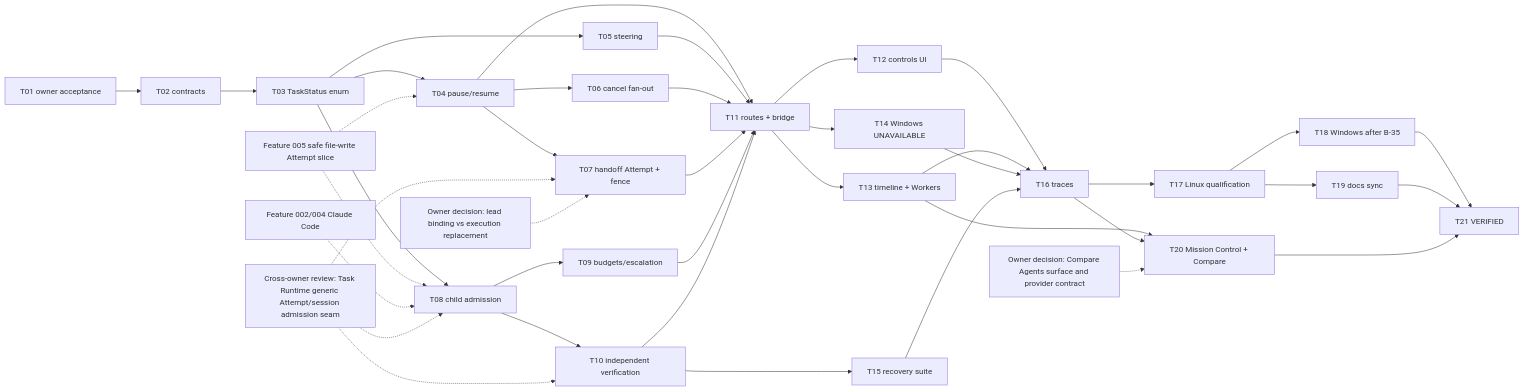
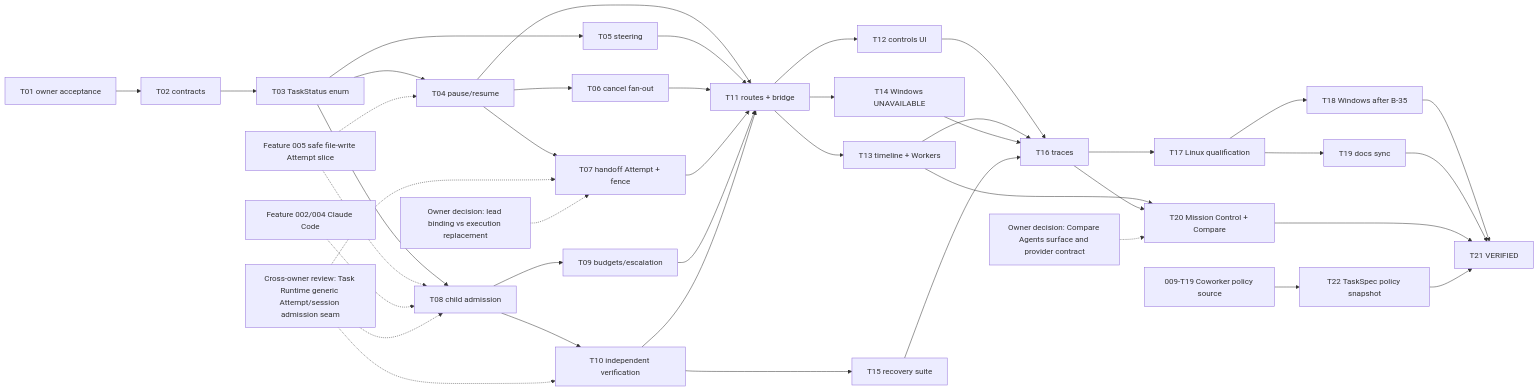
One commit to sarv-projects/litecowork changed the diagram in specs/015-task-control-delegation/PLAN.md. Above: the diagram before and after it, drawn with Mermaid. The commit also changed other lines of this file and 248 other files, not shown here.

````diff
--- a/specs/015-task-control-delegation/PLAN.md
+++ b/specs/015-task-control-delegation/PLAN.md
@@ -14,31 +16,32 @@
 ```mermaid
 flowchart LR
   T01[T01 owner acceptance] --> T02[T02 contracts]
   T02 --> T03[T03 TaskStatus enum]
   T03 --> T04[T04 pause/resume]
   T03 --> T05[T05 steering]
   T04 --> T06[T06 cancel fan-out]
   T04 --> T07[T07 handoff Attempt + fence]
   T03 --> T08[T08 child admission]
   T08 --> T09[T09 budgets/escalation]
   T08 --> T10[T10 independent verification]
   T04 & T05 & T06 & T07 & T09 & T10 --> T11[T11 routes + bridge]
   T11 --> T12[T12 controls UI]
   T11 --> T13[T13 timeline + Workers]
   T11 --> T14[T14 Windows UNAVAILABLE]
   T10 --> T15[T15 recovery suite]
   T12 & T13 & T14 & T15 --> T16[T16 traces]
   T16 --> T17[T17 Linux qualification]
   T17 --> T18[T18 Windows after B-35]
   T17 --> T19[T19 docs sync]
   T13 & T16 --> T20[T20 Mission Control + Compare]
   O09[Owner decision: Compare Agents surface and provider contract] -.-> T20
-  T18 & T19 & T20 --> T21[T21 VERIFIED]
+  F009[009-T19 Coworker policy source] --> T22[T22 TaskSpec policy snapshot]
+  T18 & T19 & T20 & T22 --> T21[T21 VERIFIED]
   F005[Feature 005 safe file-write Attempt slice] -.-> T04
   F005 -.-> T08
   F004[Feature 002/004 Claude Code] -.-> T08
   O06[Cross-owner review: Task Runtime generic Attempt/session admission seam] -.-> T07
   O06 -.-> T08
   O06 -.-> T10
   O07[Owner decision: lead binding vs execution replacement] -.-> T07
 ```
````
